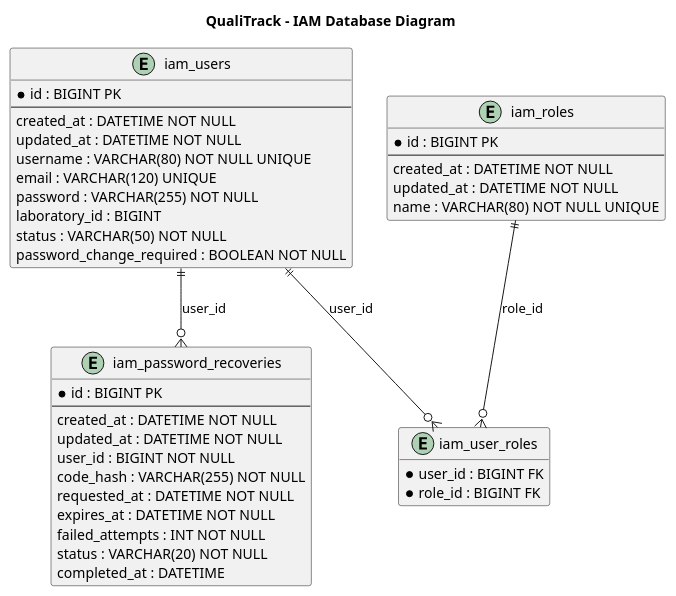
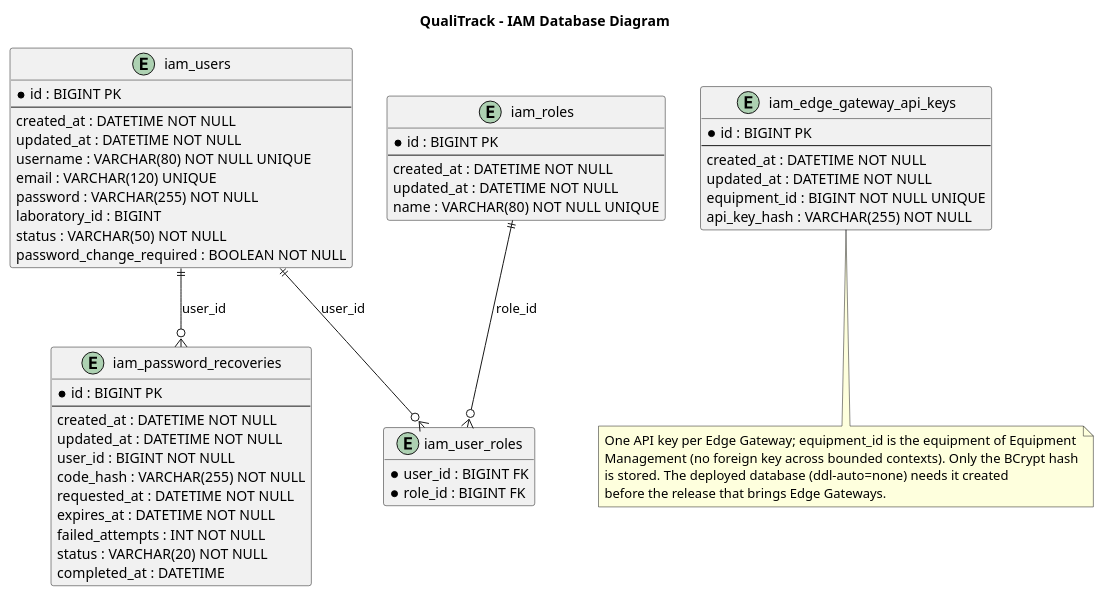
Before and after one commit to Experimentos-1ASI0732-2620-9104/Qualitrack-Platform: the diagram in docs/diagrams/iam/iam-database-diagram.puml, drawn with PlantUML. The commit also changed 1 other file, not shown here.

Commit message:
docs(iam): update the iam backend diagrams

```diff
--- a/docs/diagrams/iam/iam-database-diagram.puml
+++ b/docs/diagrams/iam/iam-database-diagram.puml
@@ -1,52 +1,67 @@
 @startuml iam-database-diagram
 
 title QualiTrack - IAM Database Diagram
 
 hide methods
 hide stereotypes
 
 entity "iam_users" {
   * id : BIGINT PK
   --
   created_at : DATETIME NOT NULL
   updated_at : DATETIME NOT NULL
   username : VARCHAR(80) NOT NULL UNIQUE
   email : VARCHAR(120) UNIQUE
   password : VARCHAR(255) NOT NULL
   laboratory_id : BIGINT
   status : VARCHAR(50) NOT NULL
   password_change_required : BOOLEAN NOT NULL
 }
 
 entity "iam_roles" {
   * id : BIGINT PK
   --
   created_at : DATETIME NOT NULL
   updated_at : DATETIME NOT NULL
   name : VARCHAR(80) NOT NULL UNIQUE
 }
 
 entity "iam_user_roles" {
   * user_id : BIGINT FK
   * role_id : BIGINT FK
 }
 
 entity "iam_password_recoveries" {
   * id : BIGINT PK
   --
   created_at : DATETIME NOT NULL
   updated_at : DATETIME NOT NULL
   user_id : BIGINT NOT NULL
   code_hash : VARCHAR(255) NOT NULL
   requested_at : DATETIME NOT NULL
   expires_at : DATETIME NOT NULL
   failed_attempts : INT NOT NULL
   status : VARCHAR(20) NOT NULL
   completed_at : DATETIME
 }
 
 iam_users ||--o{ iam_user_roles : user_id
 iam_users ||--o{ iam_password_recoveries : user_id
 iam_roles ||--o{ iam_user_roles : role_id
 
+entity "iam_edge_gateway_api_keys" {
+  * id : BIGINT PK
+  --
+  created_at : DATETIME NOT NULL
+  updated_at : DATETIME NOT NULL
+  equipment_id : BIGINT NOT NULL UNIQUE
+  api_key_hash : VARCHAR(255) NOT NULL
+}
+note bottom of iam_edge_gateway_api_keys
+  One API key per Edge Gateway; equipment_id is the equipment of Equipment
+  Management (no foreign key across bounded contexts). Only the BCrypt hash
+  is stored. The deployed database (ddl-auto=none) needs it created
+  before the release that brings Edge Gateways.
+end note
+
 @enduml
```
